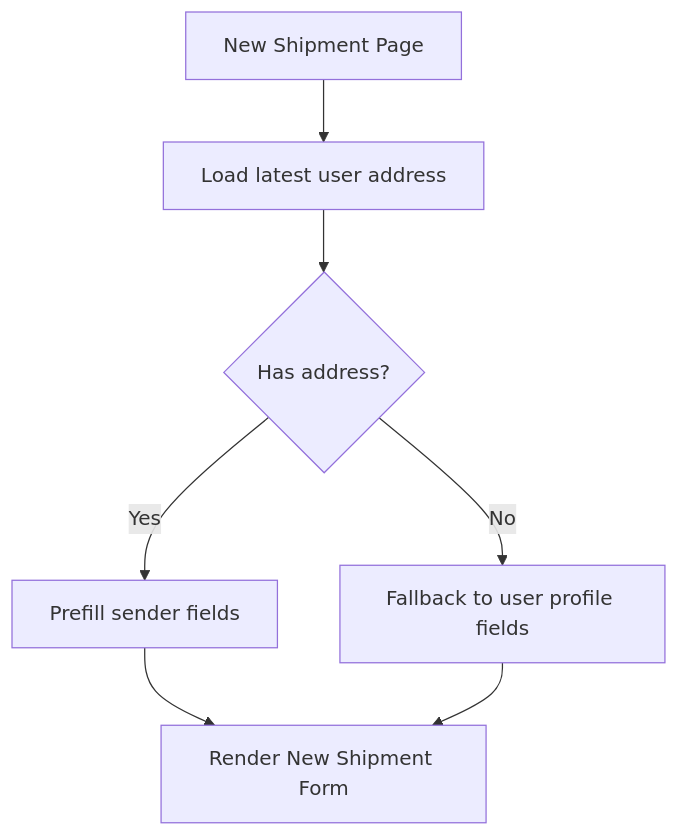
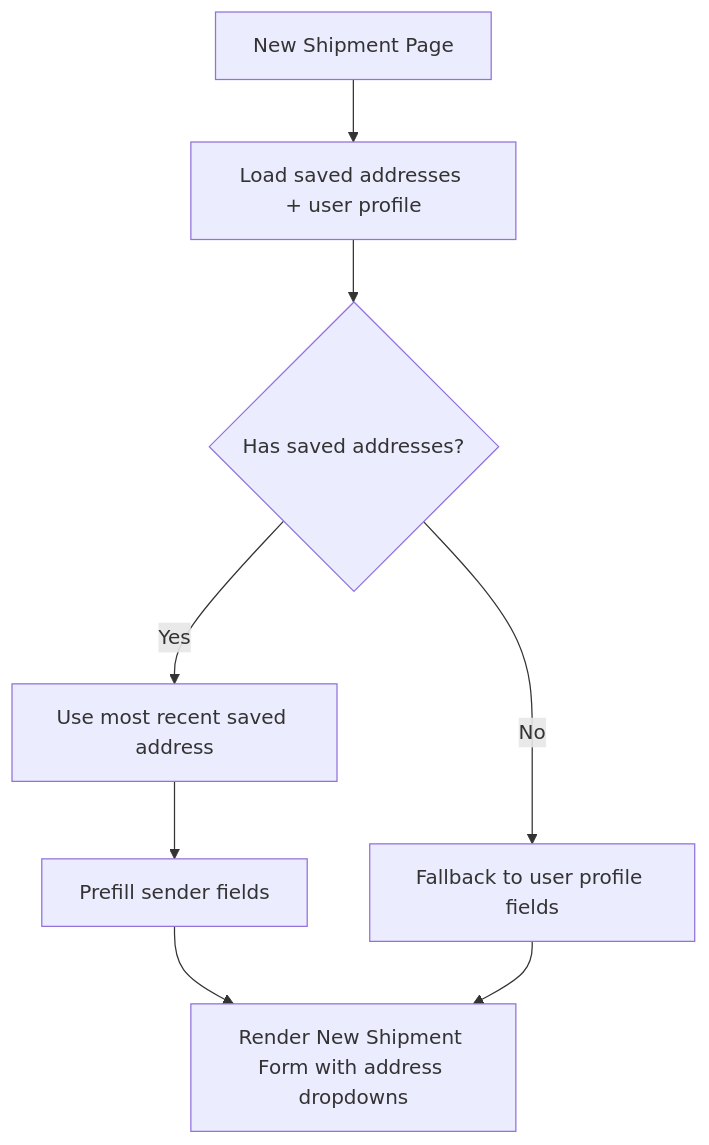
One commit to gyamposudodzi/Timberland changed the seventh of 15 diagrams in .qoder/repowiki/en/content/Shipment Management/Address Management.md. Above: the diagram before and after it, drawn with Mermaid. The commit also changed other lines of this file and 28 other files, not shown here.

First line of the commit message:
feat(address): enhance shipment workflow with saved address copying and management

````diff
--- a/.qoder/repowiki/en/content/Shipment Management/Address Management.md
+++ b/.qoder/repowiki/en/content/Shipment Management/Address Management.md
@@ -326,9 +336,10 @@
 ```mermaid
 flowchart TD
-Page["New Shipment Page"] --> Load["Load latest user address"]
-Load --> HasAddr{"Has address?"}
-HasAddr --> |Yes| Prefill["Prefill sender fields"]
+Page["New Shipment Page"] --> Load["Load saved addresses + user profile"]
+Load --> HasAddr{"Has saved addresses?"}
+HasAddr --> |Yes| Latest["Use most recent saved address"]
 HasAddr --> |No| Fallback["Fallback to user profile fields"]
-Prefill --> Form["Render New Shipment Form"]
+Latest --> Prefill["Prefill sender fields"]
+Prefill --> Form["Render New Shipment Form with address dropdowns"]
 Fallback --> Form
 ```
````
